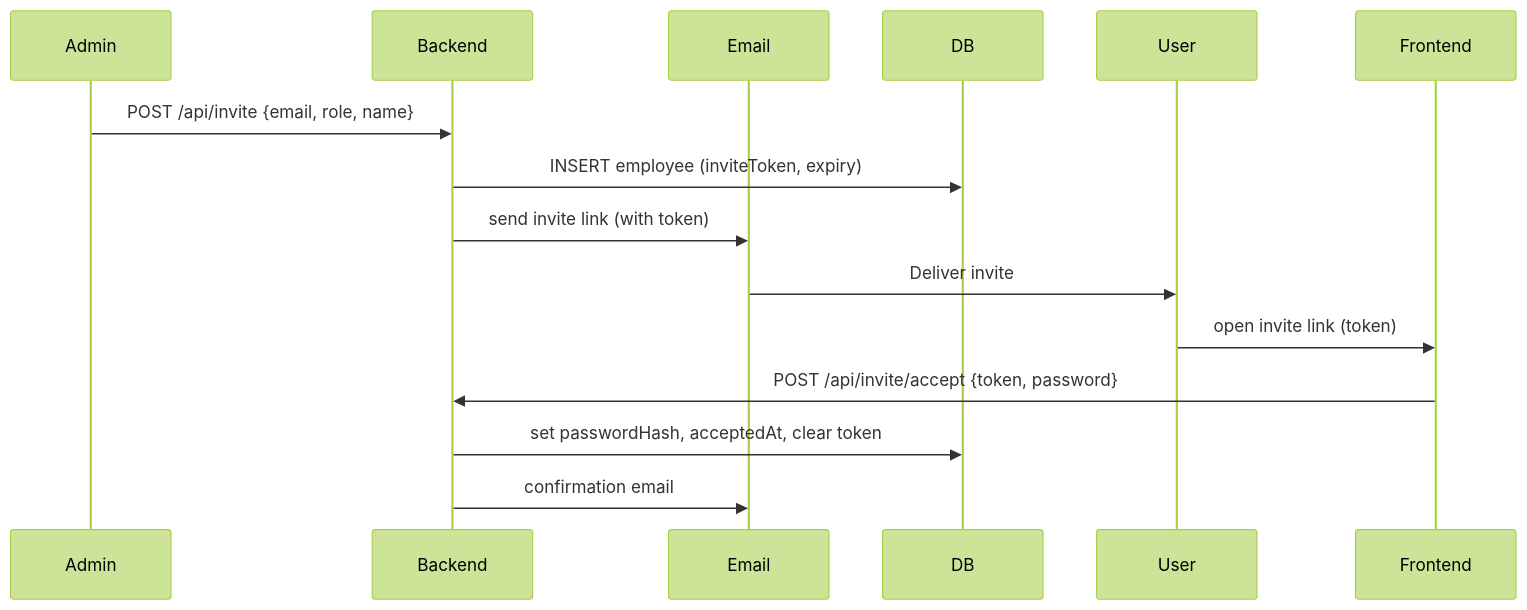
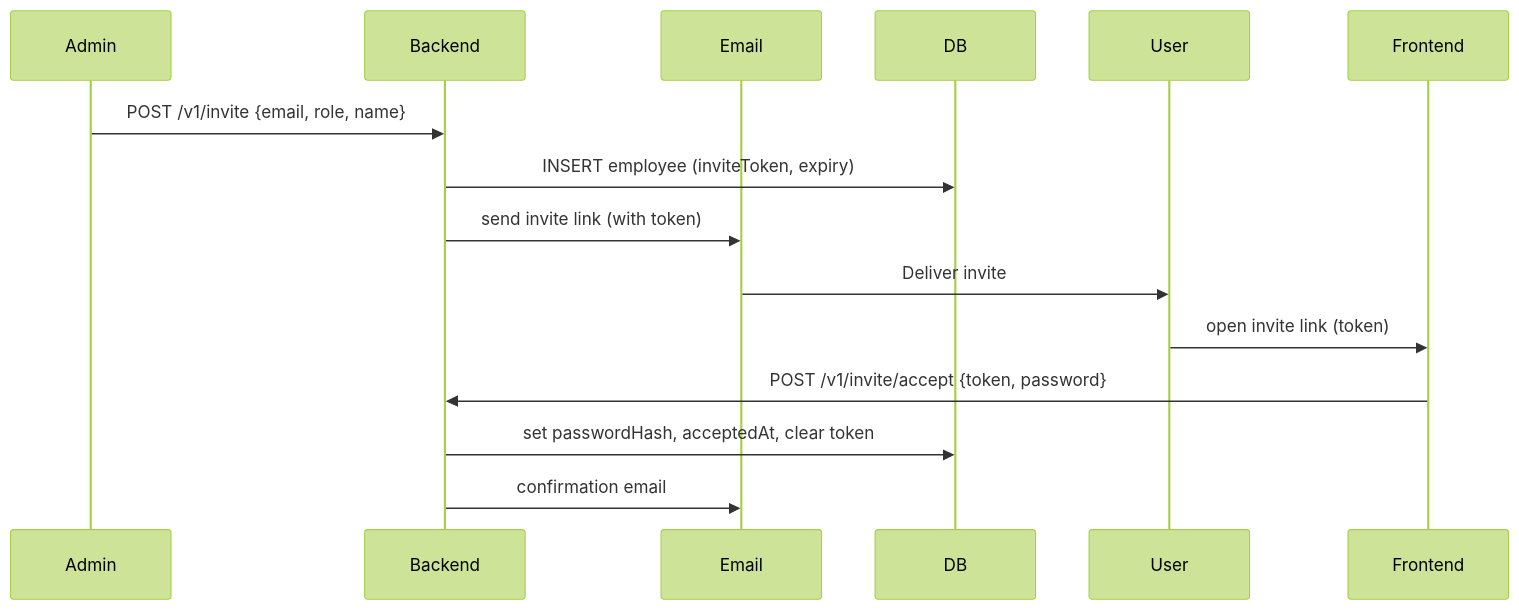
Before and after one commit to AngiSoft-Technologies/company_portfolio: the first of 2 diagrams in docs/ARCHITECTURE.md, drawn with Mermaid (forest theme). The commit also changed other lines of this file and 281 other files, not shown here.

````diff
--- a/docs/ARCHITECTURE.md
+++ b/docs/ARCHITECTURE.md
@@ -37,14 +37,14 @@
 ```mermaid
 sequenceDiagram
   participant Admin
   participant Backend
   participant Email
-  Admin->>Backend: POST /api/invite {email, role, name}
+  Admin->>Backend: POST /v1/invite {email, role, name}
   Backend->>DB: INSERT employee (inviteToken, expiry)
   Backend->>Email: send invite link (with token)
   Email->>User: Deliver invite
   User->>Frontend: open invite link (token)
-  Frontend->>Backend: POST /api/invite/accept {token, password}
+  Frontend->>Backend: POST /v1/invite/accept {token, password}
   Backend->>DB: set passwordHash, acceptedAt, clear token
   Backend->>Email: confirmation email
 ```
````
